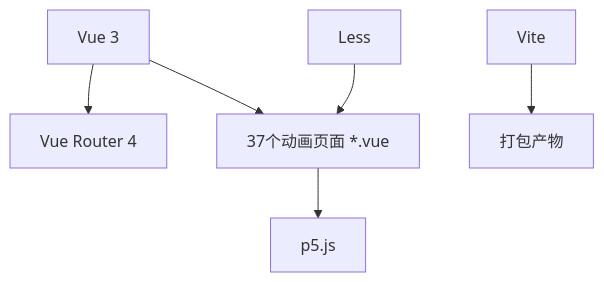
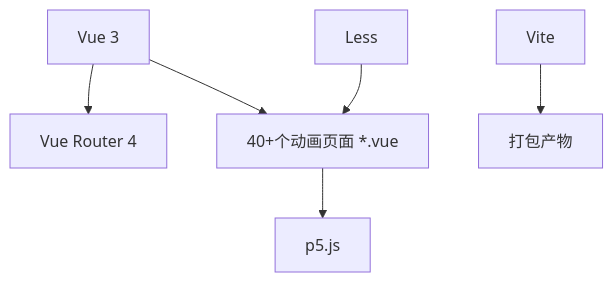
Before and after one commit to yuyezhizhi/yuyezhizhi.github.io: diagram 14 of 14 in .qoder/repowiki/zh/content/动画系统/动画系统.md, drawn with Mermaid. The commit also changed other lines of this file and 10 other files, not shown here.

````diff
--- a/.qoder/repowiki/zh/content/动画系统/动画系统.md
+++ b/.qoder/repowiki/zh/content/动画系统/动画系统.md
@@ -406,8 +665,8 @@
 ```mermaid
 graph TB
 Vue["Vue 3"] --> Router["Vue Router 4"]
-Vue --> Views["37个动画页面 *.vue"]
+Vue --> Views["40+个动画页面 *.vue"]
 Views --> P5["p5.js"]
 Build["Vite"] --> Bundle["打包产物"]
 Styles["Less"] --> Views
 ```
````
